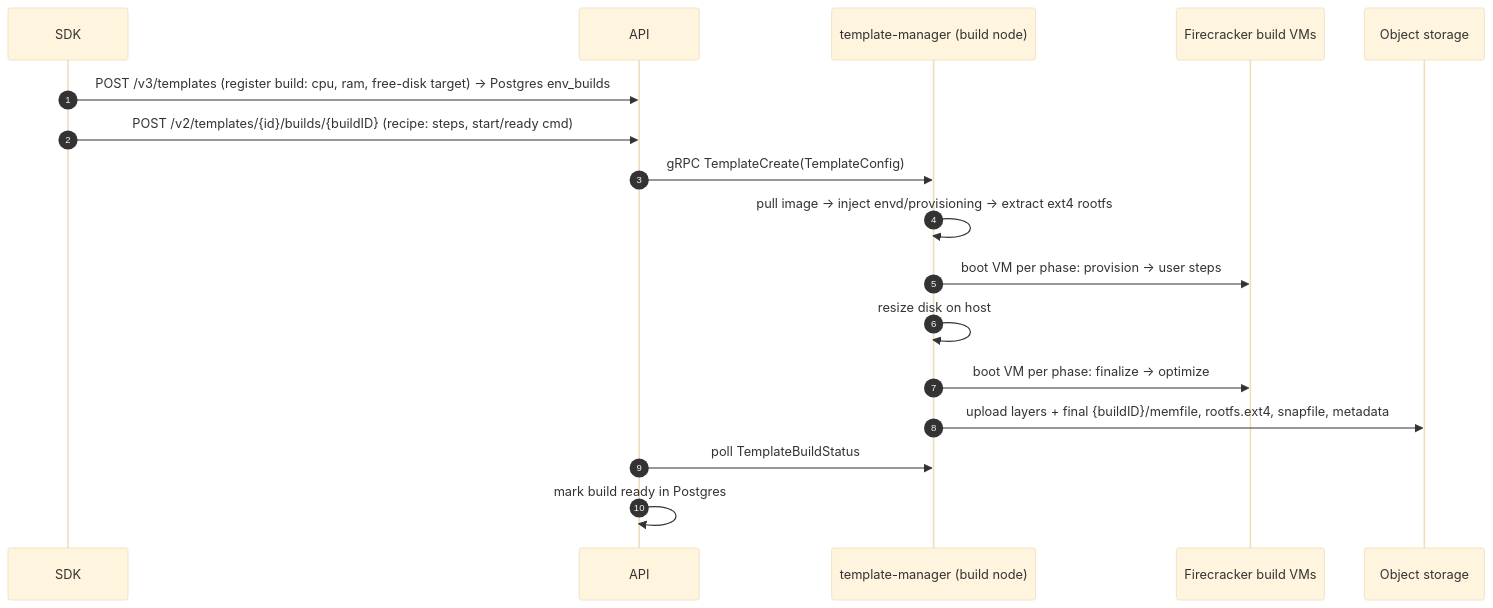
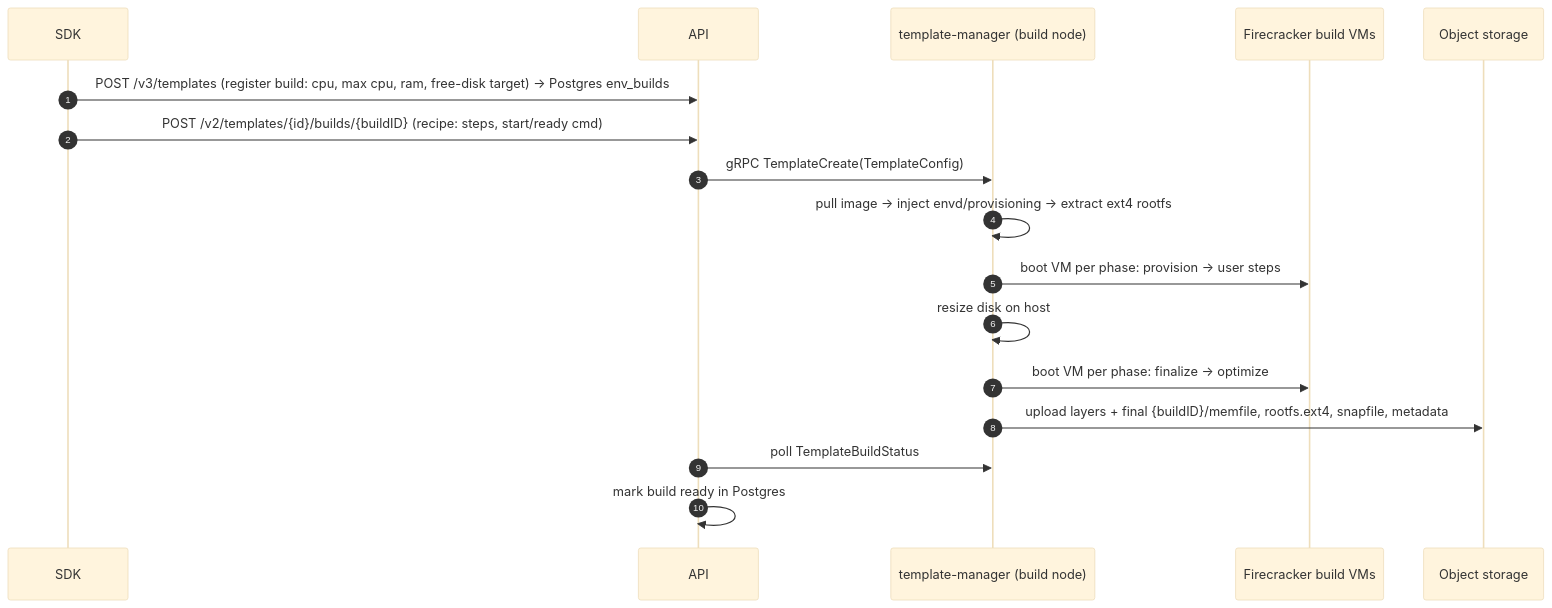
Before and after one commit to e2b-dev/runtime: the fifth of 6 diagrams in docs/ARCHITECTURE.md, drawn with Mermaid (base theme). The commit also changed other lines of this file and 73 other files, not shown here.

Commit message:
feat(api): resizable templates with a per-sandbox online CPU count

````diff
--- a/docs/ARCHITECTURE.md
+++ b/docs/ARCHITECTURE.md
@@ -1319,20 +1319,20 @@
 ```mermaid
 sequenceDiagram
     autonumber
     participant C as SDK
     participant API as API
     participant TM as template-manager (build node)
     participant FC as Firecracker build VMs
     participant OS as Object storage
 
-    C->>API: POST /v3/templates (register build: cpu, ram, free-disk target) → Postgres env_builds
+    C->>API: POST /v3/templates (register build: cpu, max cpu, ram, free-disk target) → Postgres env_builds
     C->>API: POST /v2/templates/{id}/builds/{buildID} (recipe: steps, start/ready cmd)
     API->>TM: gRPC TemplateCreate(TemplateConfig)
     TM->>TM: pull image → inject envd/provisioning → extract ext4 rootfs
     TM->>FC: boot VM per phase: provision → user steps
     TM->>TM: resize disk on host
     TM->>FC: boot VM per phase: finalize → optimize
     TM->>OS: upload layers + final {buildID}/memfile, rootfs.ext4, snapfile, metadata
     API->>TM: poll TemplateBuildStatus
     API->>API: mark build ready in Postgres
 ```
````
